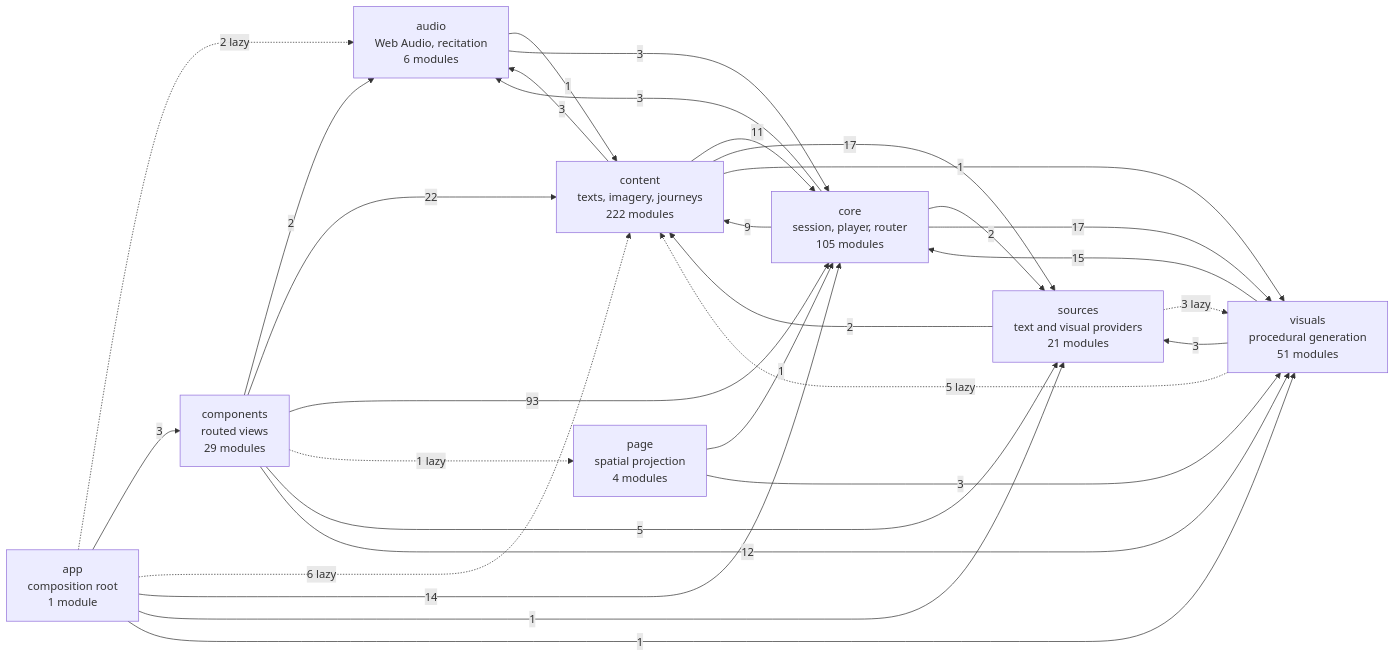
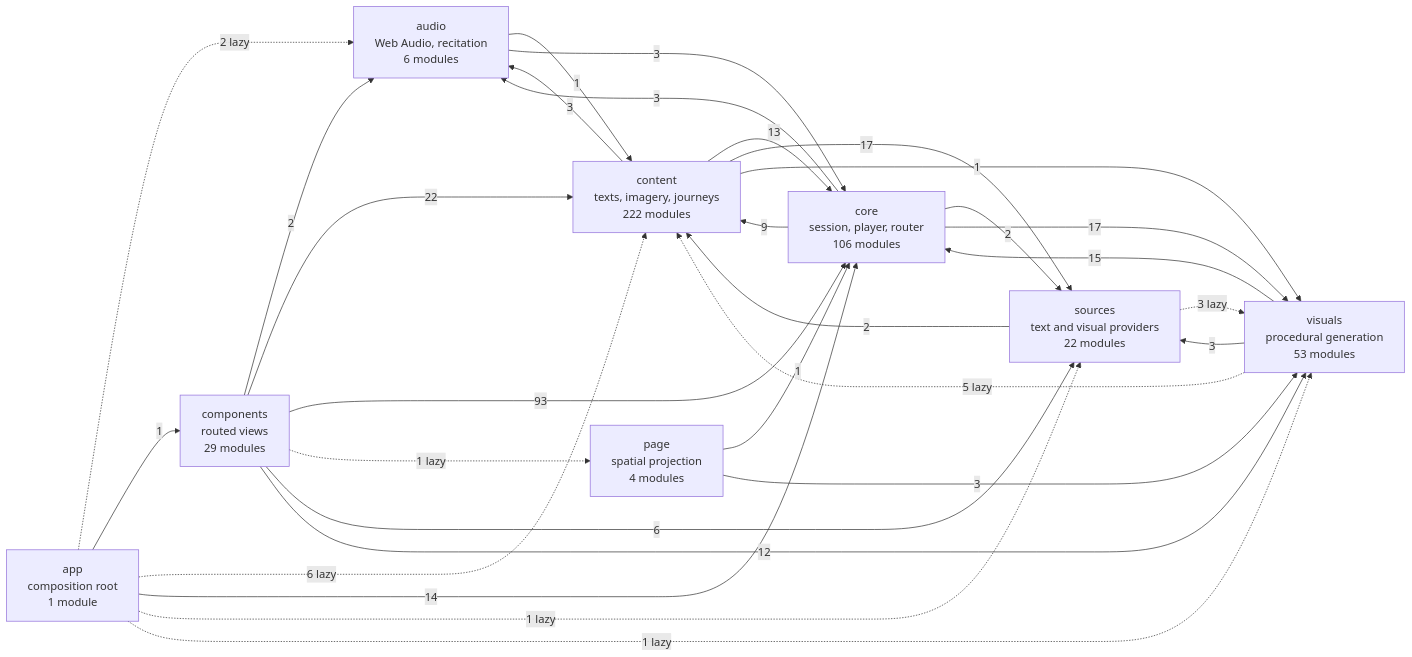
One commit to SyberLabs/RISE changed the diagram in docs/specs/ARCHITECTURE.md. Above: the diagram before and after it, drawn with Mermaid. The commit also changed 2 other files, not shown here.

Commit message:
Fix rebase artifacts: clean package.json and ci.yml, refresh diagram

````diff
--- a/docs/specs/ARCHITECTURE.md
+++ b/docs/specs/ARCHITECTURE.md
@@ -149,41 +149,41 @@
 ```mermaid
 flowchart LR
     app["app<br/>composition root<br/>1 module"]
     audio["audio<br/>Web Audio, recitation<br/>6 modules"]
     components["components<br/>routed views<br/>29 modules"]
     content["content<br/>texts, imagery, journeys<br/>222 modules"]
-    core["core<br/>session, player, router<br/>105 modules"]
+    core["core<br/>session, player, router<br/>106 modules"]
     page["page<br/>spatial projection<br/>4 modules"]
-    sources["sources<br/>text and visual providers<br/>21 modules"]
-    visuals["visuals<br/>procedural generation<br/>51 modules"]
+    sources["sources<br/>text and visual providers<br/>22 modules"]
+    visuals["visuals<br/>procedural generation<br/>53 modules"]
 
     app -.-> |2 lazy| audio
-    app --> |3| components
+    app --> |1| components
     app -.-> |6 lazy| content
     app --> |14| core
-    app --> |1| sources
-    app --> |1| visuals
+    app -.-> |1 lazy| sources
+    app -.-> |1 lazy| visuals
     audio --> |1| content
     audio --> |3| core
     components --> |2| audio
     components --> |22| content
     components --> |93| core
     components -.-> |1 lazy| page
-    components --> |5| sources
+    components --> |6| sources
     components --> |12| visuals
     content --> |3| audio
-    content --> |11| core
+    content --> |13| core
     content --> |17| sources
     content --> |1| visuals
     core --> |3| audio
     core --> |9| content
     core --> |2| sources
     core --> |17| visuals
     page --> |1| core
     page --> |3| visuals
     sources --> |2| content
     sources -.-> |3 lazy| visuals
     visuals -.-> |5 lazy| content
     visuals --> |15| core
     visuals --> |3| sources
 ```
````
